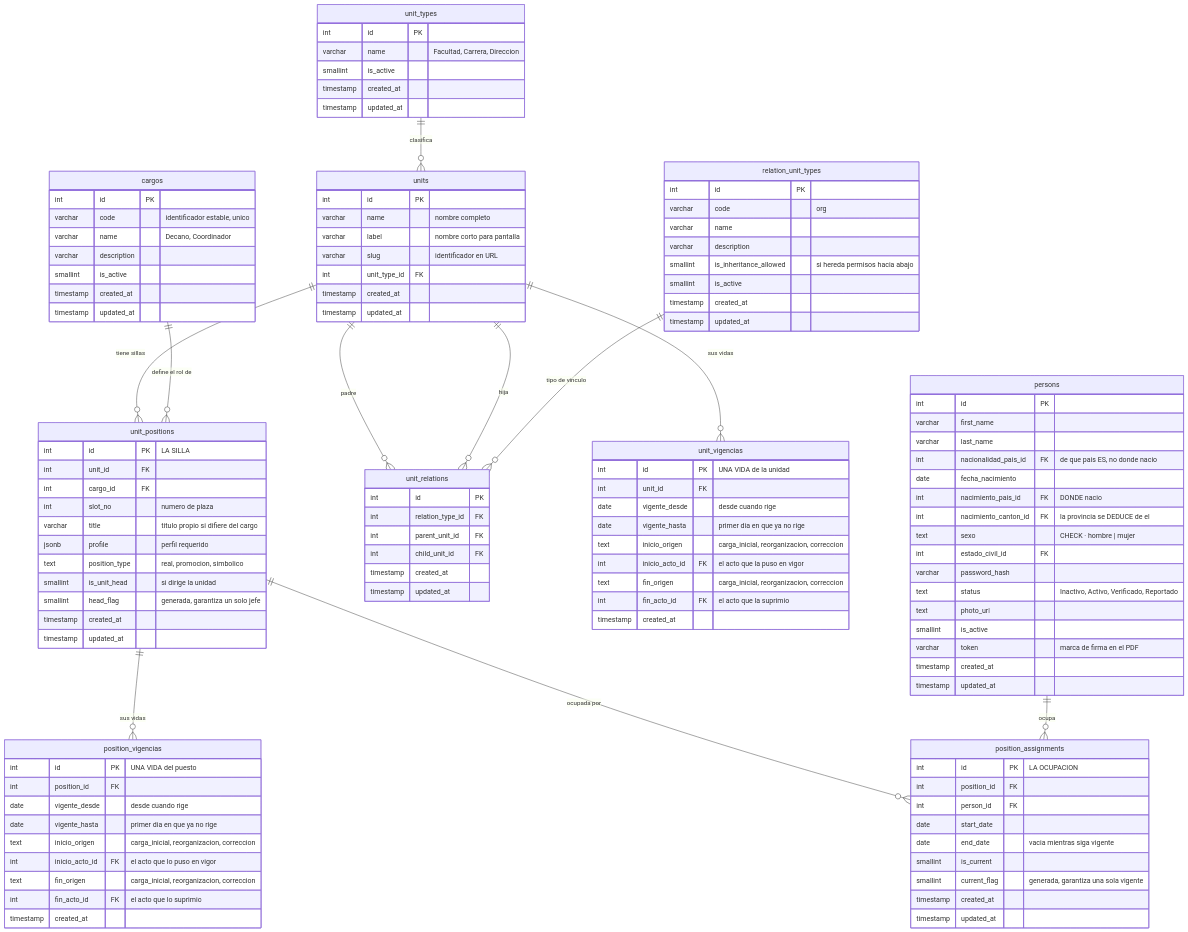
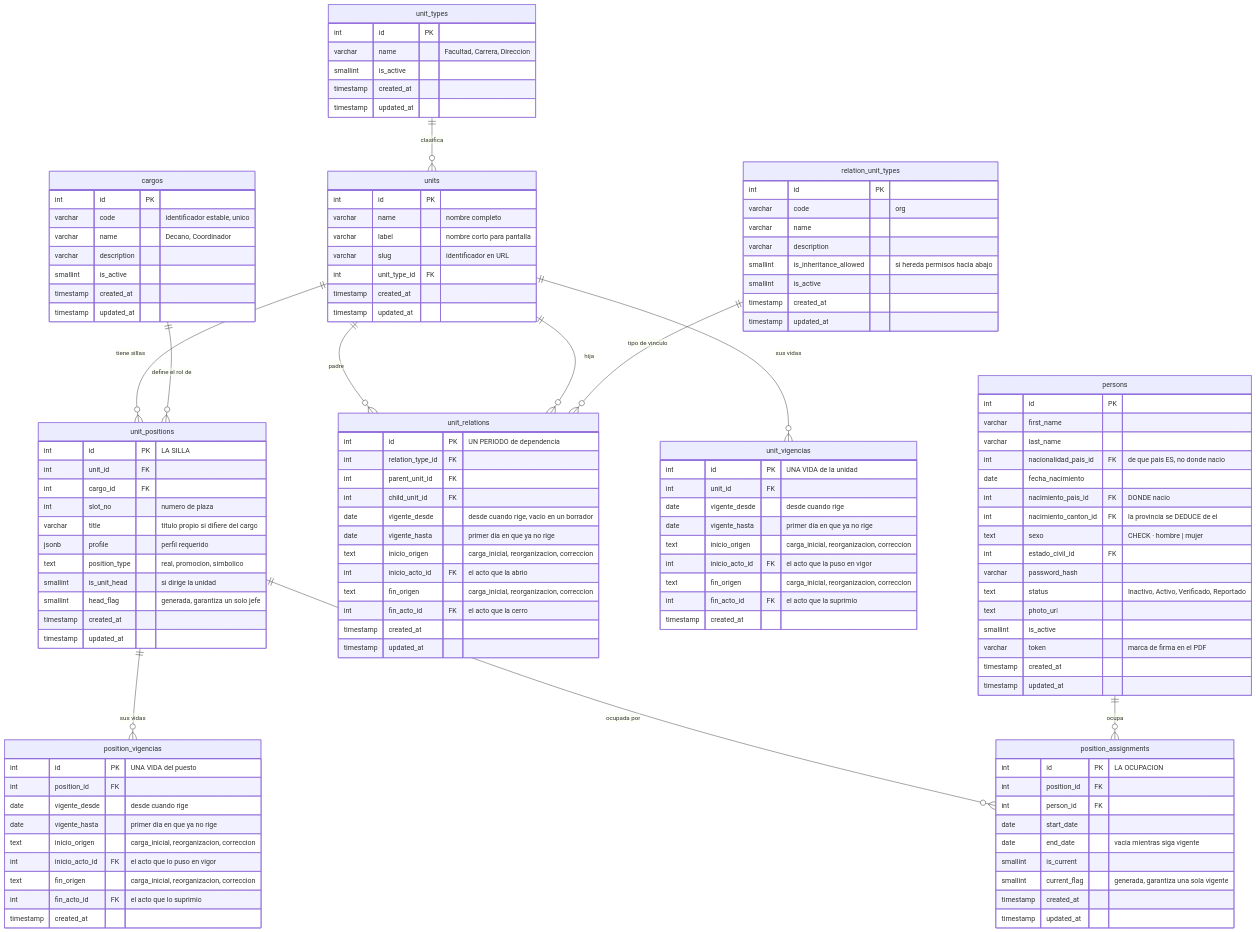
One commit to fresvel/deasy changed the fourth of 4 diagrams in docs/src/content/docs/modelo/organizacion.md. Above: the diagram before and after it, drawn with Mermaid. The commit also changed other lines of this file and 45 other files, not shown here.

```diff
--- a/docs/src/content/docs/modelo/organizacion.md
+++ b/docs/src/content/docs/modelo/organizacion.md
@@ -907,10 +953,16 @@
     timestamp updated_at
   }
   unit_relations {
-    int id PK
+    int id PK "UN PERIODO de dependencia"
     int relation_type_id FK
     int parent_unit_id FK
     int child_unit_id FK
+    date vigente_desde "desde cuando rige, vacio en un borrador"
+    date vigente_hasta "primer dia en que ya no rige"
+    text inicio_origen "carga_inicial, reorganizacion, correccion"
+    int inicio_acto_id FK "el acto que la abrio"
+    text fin_origen "carga_inicial, reorganizacion, correccion"
+    int fin_acto_id FK "el acto que la cerro"
     timestamp created_at
     timestamp updated_at
   }
```
